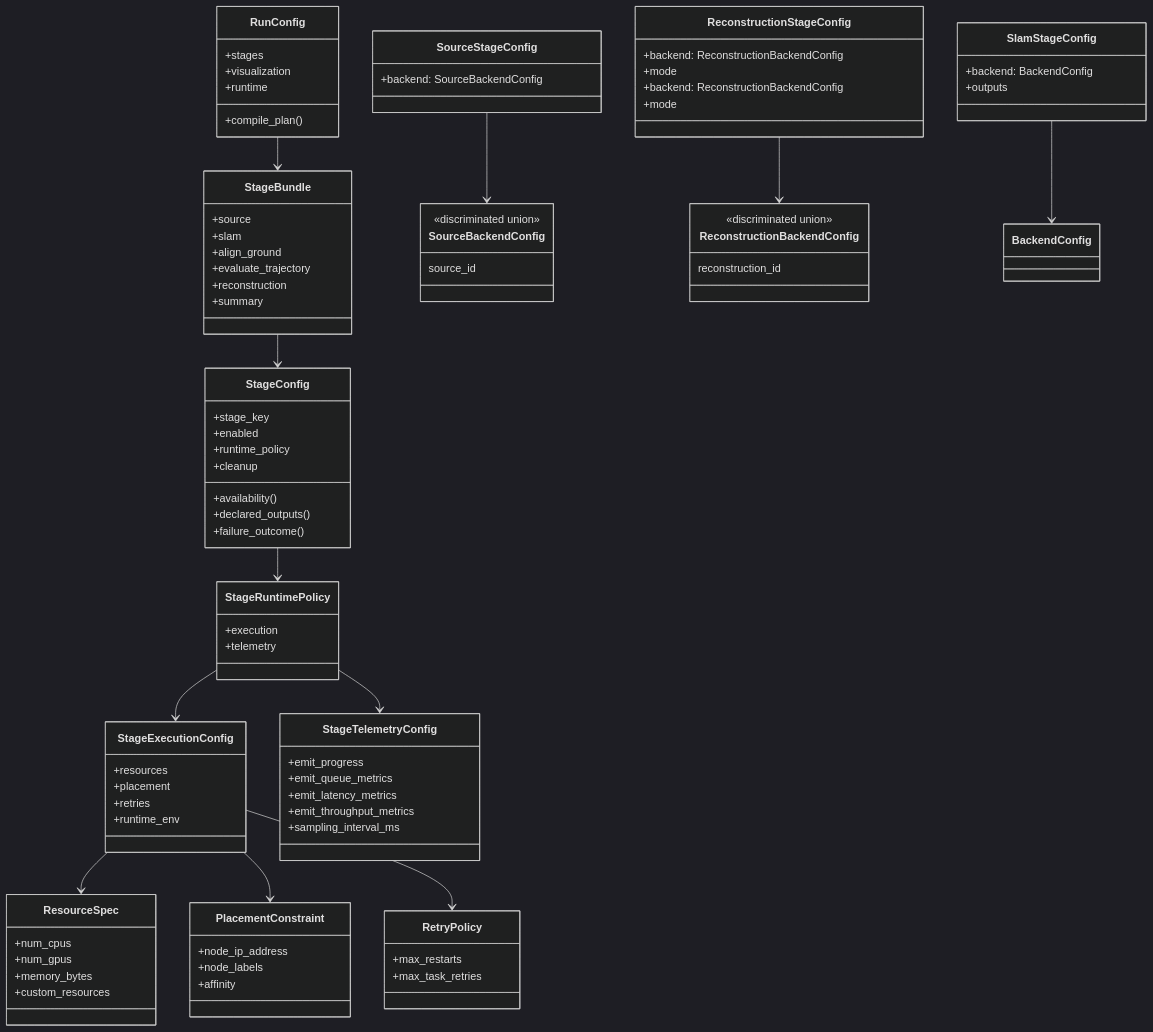
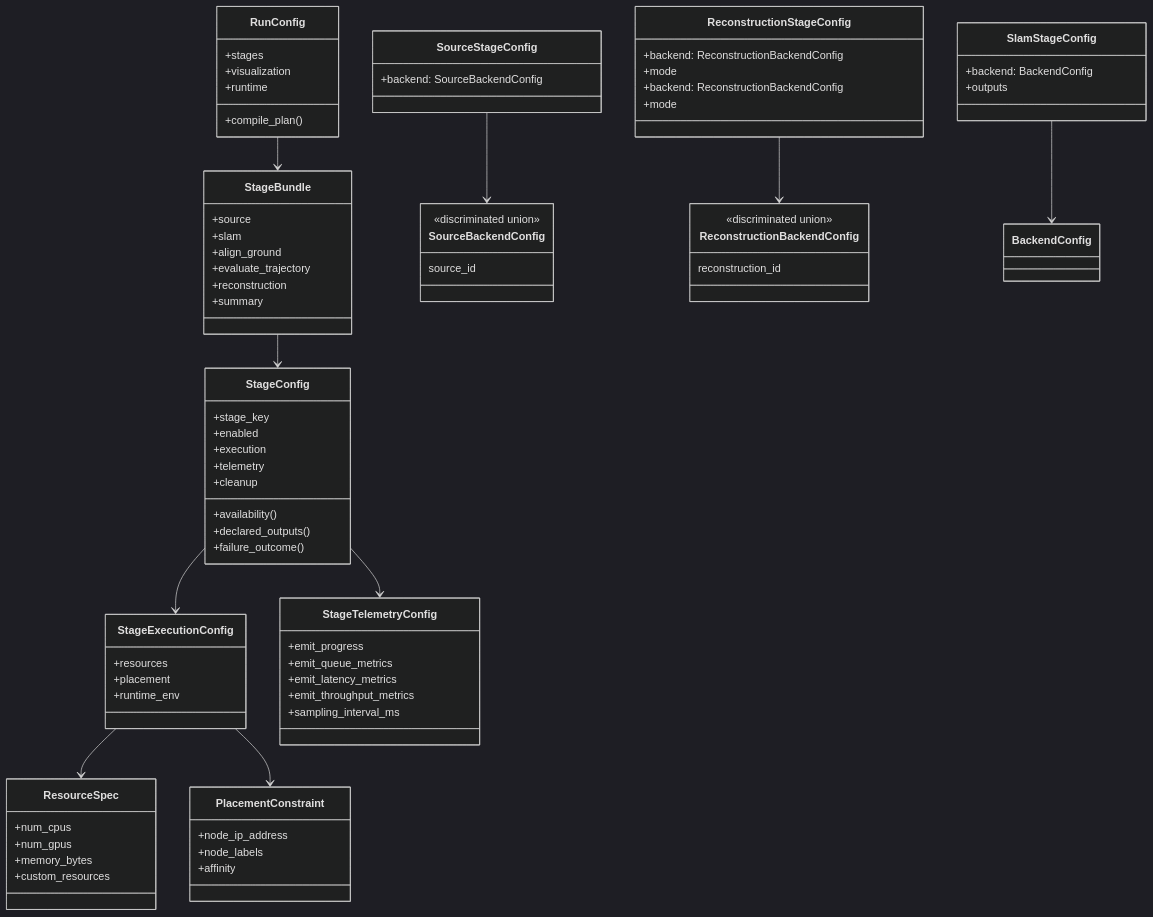
Before and after one commit to JanDuchscherer104/prml-vslam: the fourth of 17 diagrams in docs/architecture/pipeline-stage-refactor-target.md, drawn with Mermaid (dark theme). The commit also changed other lines of this file, not shown here.

```diff
--- a/docs/architecture/pipeline-stage-refactor-target.md
+++ b/docs/architecture/pipeline-stage-refactor-target.md
@@ -440,7 +439,8 @@
     class StageConfig {
         +stage_key
         +enabled
-        +runtime_policy
+        +execution
+        +telemetry
         +cleanup
         +availability()
         +declared_outputs()
@@ -476,15 +476,9 @@
         +mode
     }
 
-    class StageRuntimePolicy {
-        +execution
-        +telemetry
-    }
-
     class StageExecutionConfig {
         +resources
         +placement
-        +retries
         +runtime_env
     }
 
@@ -501,11 +495,6 @@
         +affinity
     }
 
-    class RetryPolicy {
-        +max_restarts
-        +max_task_retries
-    }
-
     class StageTelemetryConfig {
         +emit_progress
         +emit_queue_metrics
@@ -516,12 +505,10 @@
 
     RunConfig --> StageBundle
     StageBundle --> StageConfig
-    StageConfig --> StageRuntimePolicy
-    StageRuntimePolicy --> StageExecutionConfig
-    StageRuntimePolicy --> StageTelemetryConfig
+    StageConfig --> StageExecutionConfig
+    StageConfig --> StageTelemetryConfig
     StageExecutionConfig --> ResourceSpec
     StageExecutionConfig --> PlacementConstraint
-    StageExecutionConfig --> RetryPolicy
     SourceStageConfig --> SourceBackendConfig
     SlamStageConfig --> BackendConfig
     ReconstructionStageConfig --> ReconstructionBackendConfig
```
